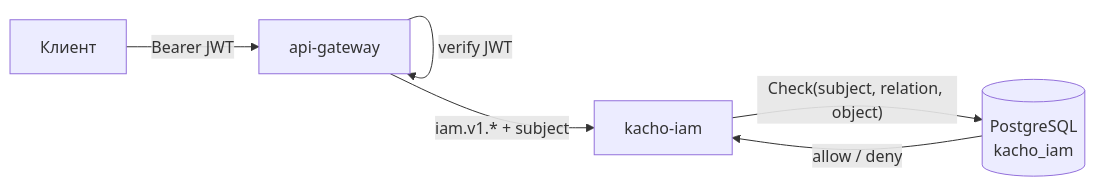
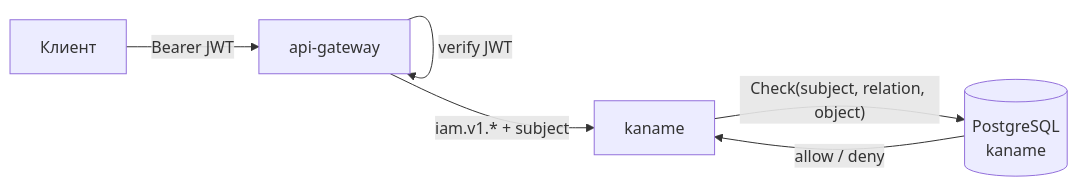
Before and after one commit to PRO-Robotech/kacho: the diagram in services/iam/docs/content/api/overview.mdx, drawn with Mermaid. The commit also changed other lines of this file and 5005 other files, not shown here.

````diff
--- a/services/iam/docs/content/api/overview.mdx
+++ b/services/iam/docs/content/api/overview.mdx
@@ -172,8 +172,8 @@
 ```mermaid
 flowchart LR
   cli["Клиент"] -->|"Bearer JWT"| agw["api-gateway"]
   agw -->|"verify JWT"| agw
-  agw -->|"iam.v1.* + subject"| iam["kacho-iam"]
-  iam -->|"Check(subject, relation, object)"| pg[("PostgreSQL<br/>kacho_iam")]
+  agw -->|"iam.v1.* + subject"| iam["kaname"]
+  iam -->|"Check(subject, relation, object)"| pg[("PostgreSQL<br/>kaname")]
   pg -->|"allow / deny"| iam
 ```
````
